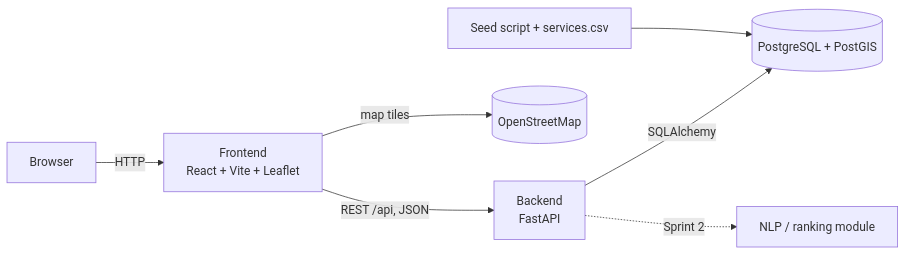
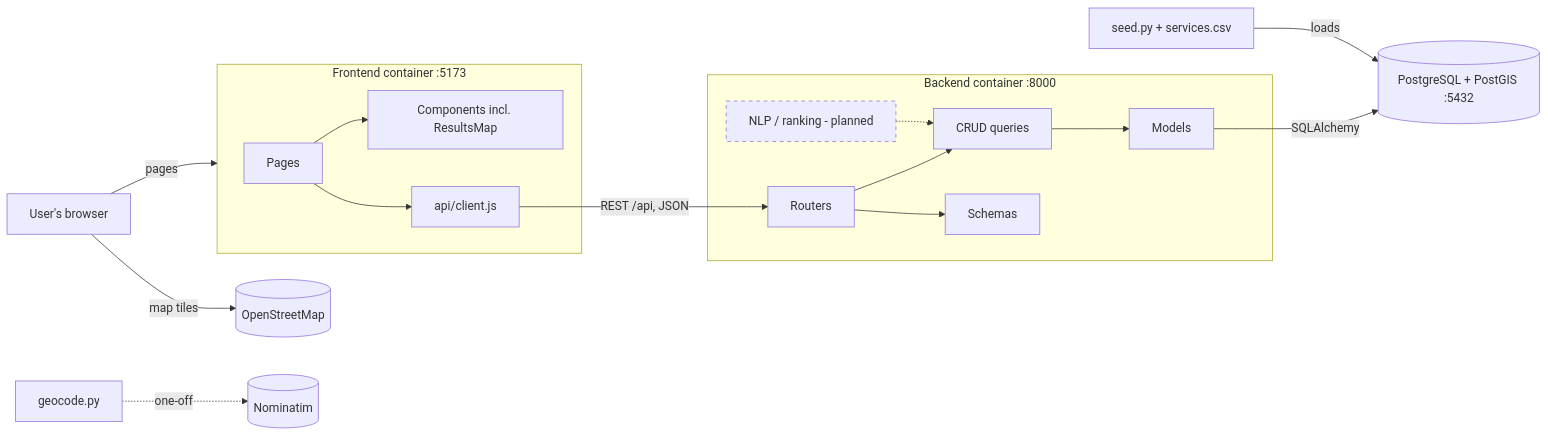
The first of 2 diagrams in docs/architecture.md (AzadAdhisivan1/thunder-bay-community-project), drawn with Mermaid before and after one commit. The commit also changed other lines of this file and 3 other files, not shown here.

First line of the commit message:
P2.2: architecture doc and diagram matching the Sprint 1 code

````diff
--- a/docs/architecture.md
+++ b/docs/architecture.md
@@ -9,9 +13,19 @@
 ```mermaid
 flowchart LR
-    U[Browser] -->|HTTP| FE[Frontend<br/>React + Vite + Leaflet]
-    FE -->|REST /api, JSON| BE[Backend<br/>FastAPI]
-    FE -->|map tiles| OSM[(OpenStreetMap)]
-    BE -->|SQLAlchemy| DB[(PostgreSQL + PostGIS)]
-    BE -.->|Sprint 2| NLP[NLP / ranking module]
-    SEED[Seed script + services.csv] --> DB
+    U[User's browser] -->|pages| FE
+    U -->|map tiles| OSM[(OpenStreetMap)]
+    subgraph FE[Frontend container :5173]
+        P[Pages] --> C[Components incl. ResultsMap]
+        P --> AC[api/client.js]
+    end
+    AC -->|REST /api, JSON| R
+    subgraph BE[Backend container :8000]
+        R[Routers] --> CR[CRUD queries] --> M[Models]
+        R --> S[Schemas]
+        N[NLP / ranking - planned]:::planned -.-> CR
+    end
+    M -->|SQLAlchemy| DB[(PostgreSQL + PostGIS :5432)]
+    SEED[seed.py + services.csv] -->|loads| DB
+    GEO[geocode.py] -.->|one-off| NOM[(Nominatim)]
+    classDef planned stroke-dasharray: 5 5
 ```
````
